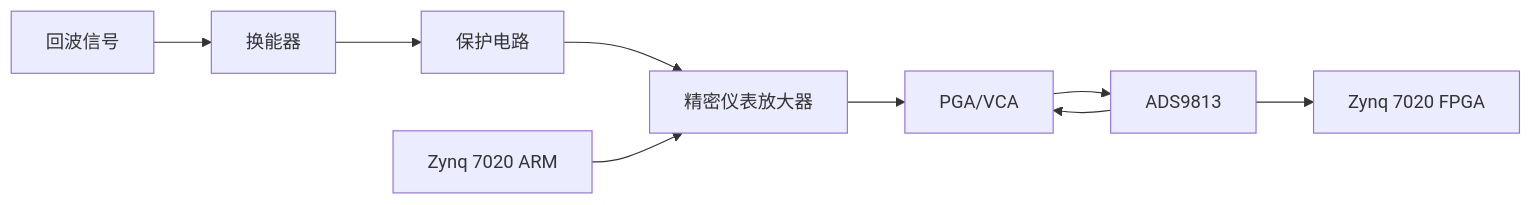
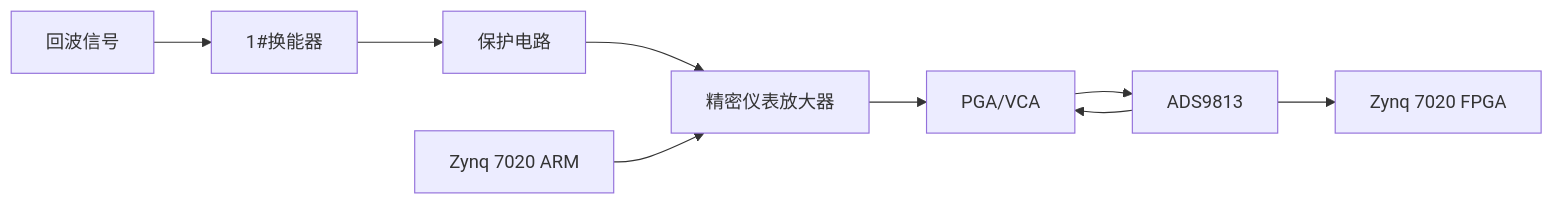
The diagram in all/多通道同步采集-1.md (Rukawa15/iodraw-files), drawn with Mermaid before and after one commit.

Commit message:
2025-06-19 14:03:56 update

````diff
--- a/all/多通道同步采集-1.md
+++ b/all/多通道同步采集-1.md
@@ -1,13 +1,13 @@
 ```mermaid
 graph LR
 A[回波信号]
-A --> B[换能器] 
+A --> B[1#换能器] 
 B --> C[保护电路] 
 C --> D[精密仪表放大器] 
 D --> E[PGA/VCA] 
 E --> F[ADS9813] 
 F --> G[Zynq 7020 FPGA]
 H[Zynq 7020 ARM] --> D
 F --> E
 
 ```
````
